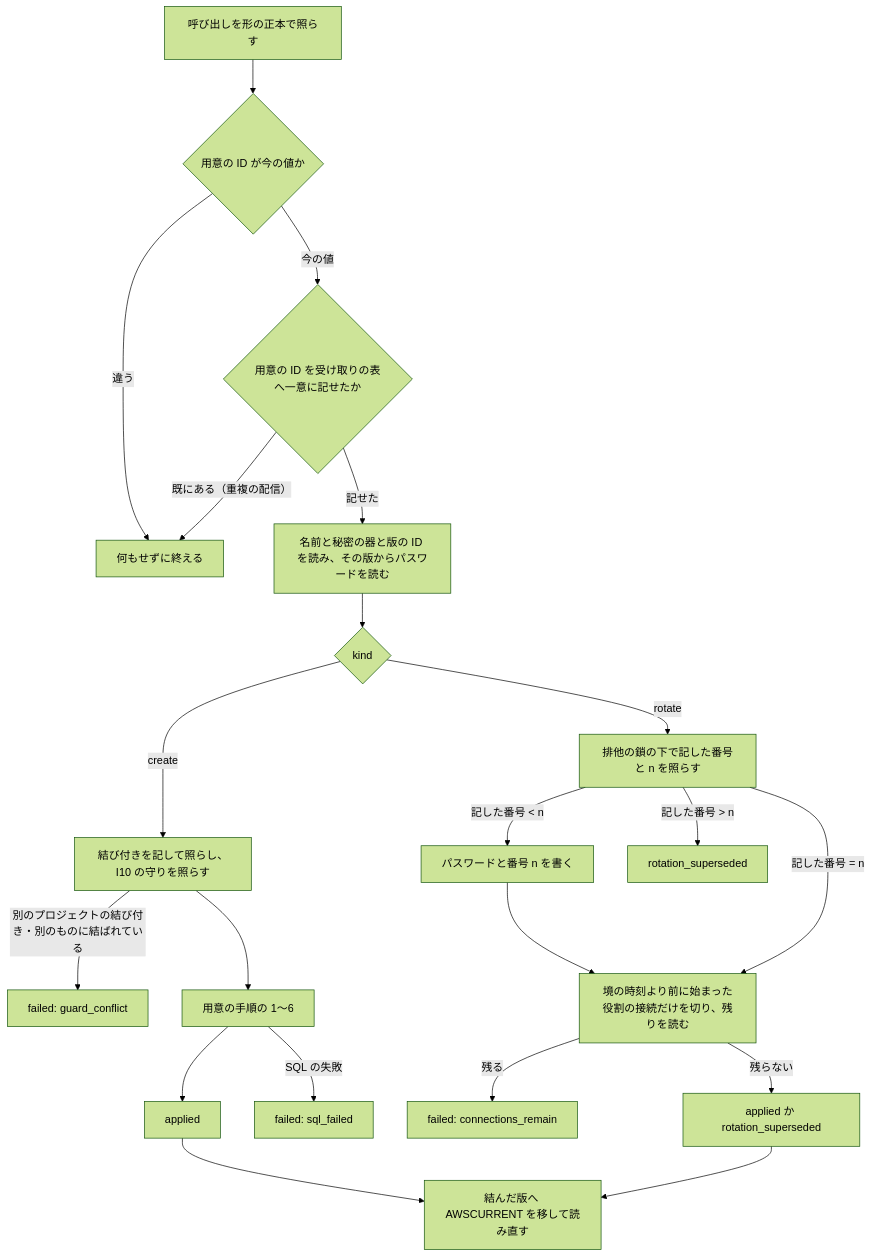
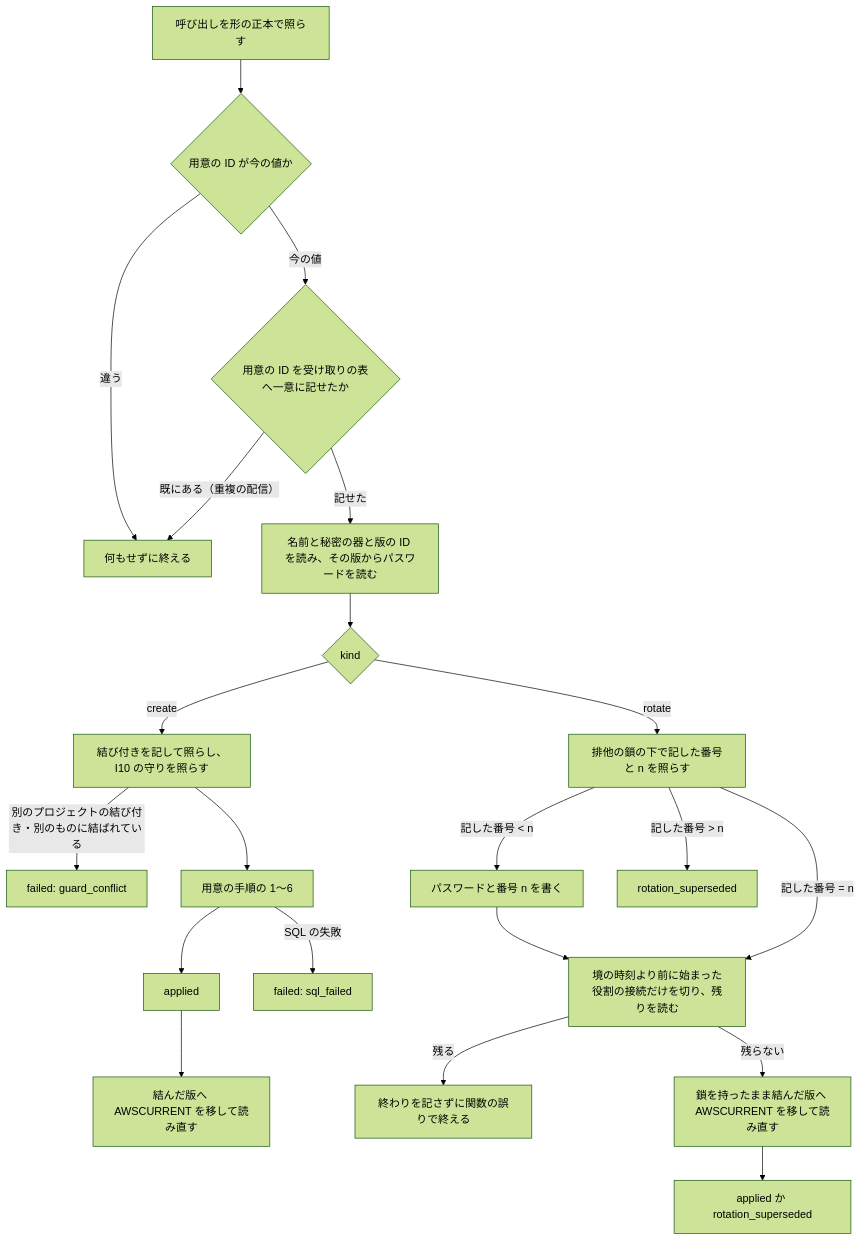
Before and after one commit to devbasex/nd-factory: the third of 3 diagrams in issues/issue-13-design.md, drawn with Mermaid (forest theme). The commit also changed other lines of this file and 14 other files, not shown here.

````diff
--- a/issues/issue-13-design.md
+++ b/issues/issue-13-design.md
@@ -185,22 +186,22 @@
 ```mermaid
 flowchart TD
     A[呼び出しを形の正本で照らす] --> B{用意の ID が今の値か}
     B -->|違う| X[何もせずに終える]
     B -->|今の値| Q{用意の ID を受け取りの表へ一意に記せたか}
     Q -->|既にある（重複の配信）| X
     Q -->|記せた| C[名前と秘密の器と版の ID を読み、その版からパスワードを読む]
     C --> D{kind}
     D -->|create| G[結び付きを記して照らし、I10 の守りを照らす]
     G -->|別のプロジェクトの結び付き・別のものに結ばれている| F2["failed: guard_conflict"]
     G --> H[用意の手順の 1〜6]
     H --> OK[applied]
     OK --> P[結んだ版へ AWSCURRENT を移して読み直す]
     H -->|SQL の失敗| F4["failed: sql_failed"]
     D -->|rotate| R[排他の鎖の下で記した番号と n を照らす]
     R -->|記した番号 < n| W[パスワードと番号 n を書く] --> K[境の時刻より前に始まった役割の接続だけを切り、残りを読む]
     R -->|記した番号 = n| K
     R -->|記した番号 > n| S[rotation_superseded]
-    K -->|残る| F3["failed: connections_remain"]
-    K -->|残らない| OK2[applied か rotation_superseded]
-    OK2 --> P
+    K -->|残る| E3[終わりを記さずに関数の誤りで終える]
+    K -->|残らない| P2[鎖を持ったまま結んだ版へ AWSCURRENT を移して読み直す]
+    P2 --> OK2[applied か rotation_superseded]
 ```
````
